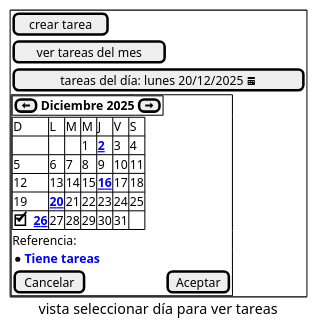
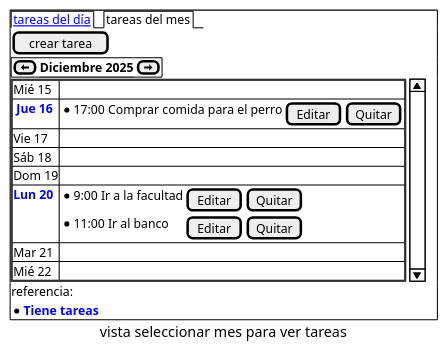
Before and after one commit to esteban4321duran/app-tareas-v1-docs: the diagram in ver-tareas-del-mes/gui-mockups/tareas-del-mes.pu, drawn with PlantUML. The commit also changed 1 other file, not shown here.

Commit message:
added ver-tareas-del-mes

```diff
--- a/ver-tareas-del-mes/gui-mockups/tareas-del-mes.pu
+++ b/ver-tareas-del-mes/gui-mockups/tareas-del-mes.pu
@@ -1,26 +1,32 @@
 @startsalt
-caption vista seleccionar día para ver tareas
+caption vista seleccionar mes para ver tareas
 {
     {+
+        {/ <u><color:blue>tareas del día | tareas del mes }
         [crear tarea]
-        [ver tareas del mes]
-        [tareas del día: lunes 20/12/2025 <&calendar>]
-        {+
             {+
                 [<&arrow-thick-left>]|**Diciembre 2025**|[<&arrow-thick-right>]|
             }
-            {#
-                D | L | M | M | J | V | S
-                . | . | . | 1 |<b><u><color:blue>2 | 3 | 4
-                5 | 6 | 7 | 8 | 9 | 10 | 11
-                12 | 13 | 14 | 15 |<b><u><color:blue>16 | 17 | 18
-                19 |<b><u><color:blue>20 | 21 | 22 | 23 | 24 | 25
-                [X]<b><u><color:blue>26 | 27 | 28 | 29 | 30 | 31 | .
+            {SI
+                {#
+                    Mié 15 | . 
+                    <b><color:blue> Jue 16 | {
+                        * 17:00 Comprar comida para el perro | [Editar] | [Quitar]
+                        }
+                    Vie 17 | . 
+                    Sáb 18 | .
+                    Dom 19 | .
+                    <b><color:blue>Lun 20 | {
+                        * 9:00 Ir a la facultad | [Editar] | [Quitar]
+                        * 11:00 Ir al banco | [Editar] | [Quitar]
+                        }
+                    Mar 21 | .
+                    Mié 22 | .
+
+                }
             }
-            Referencia:
+            referencia:
             *<b><color:blue>Tiene tareas
-            [Cancelar] | [Aceptar]
-        }
     }
 }
 @endsalt
```
